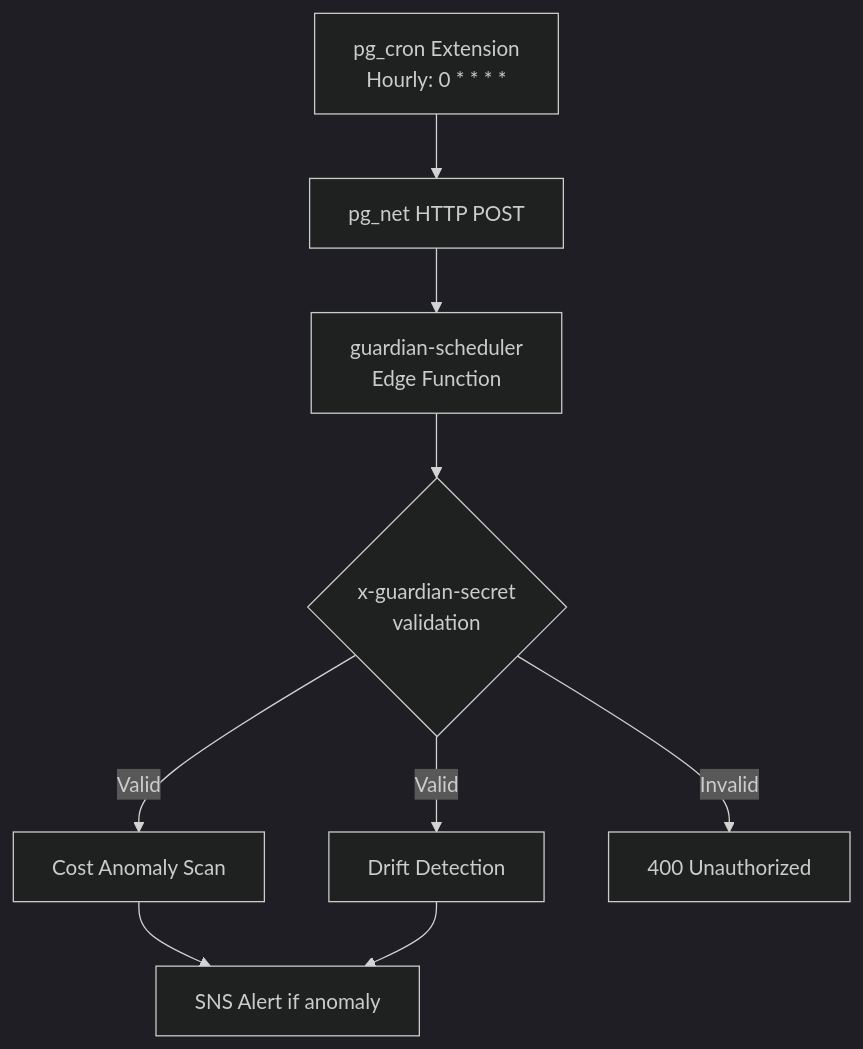
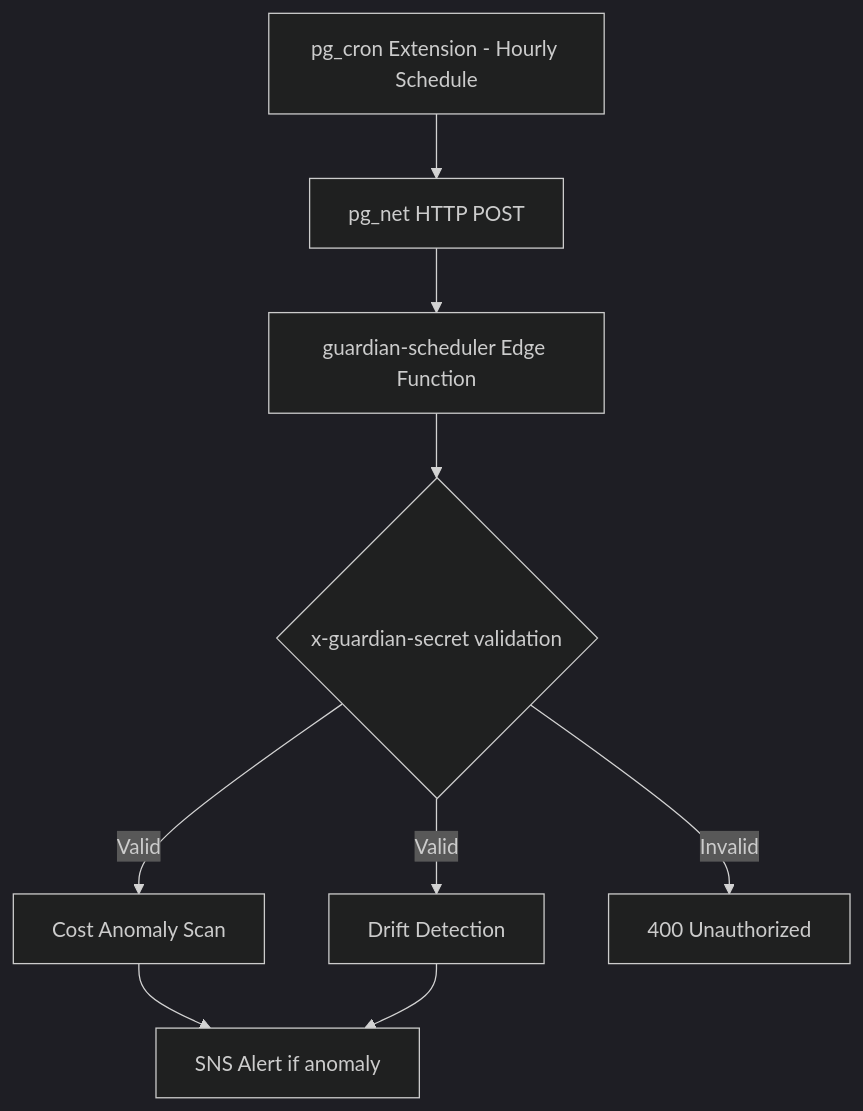
Diagram 21 of 23 in TECHNICAL_DOCUMENTATION.md (ritvikindupuri/aws-ai-agent), drawn with Mermaid (dark theme) before and after one commit. The commit also changed other lines of this file, not shown here.

Commit message:
Updated README and docs diagrams

````diff
--- a/TECHNICAL_DOCUMENTATION.md
+++ b/TECHNICAL_DOCUMENTATION.md
@@ -1786,11 +1794,11 @@
 ```mermaid
 flowchart TD
-    A[pg_cron Extension<br/>Hourly: 0 * * * *] --> B[pg_net HTTP POST]
-    B --> C[guardian-scheduler<br/>Edge Function]
-    C --> D{x-guardian-secret<br/>validation}
+    A[pg_cron Extension - Hourly Schedule] --> B[pg_net HTTP POST]
+    B --> C[guardian-scheduler Edge Function]
+    C --> D{x-guardian-secret validation}
     D -- Valid --> E[Cost Anomaly Scan]
     D -- Valid --> F[Drift Detection]
     D -- Invalid --> G[400 Unauthorized]
     E --> H[SNS Alert if anomaly]
     F --> H
 ```
````
